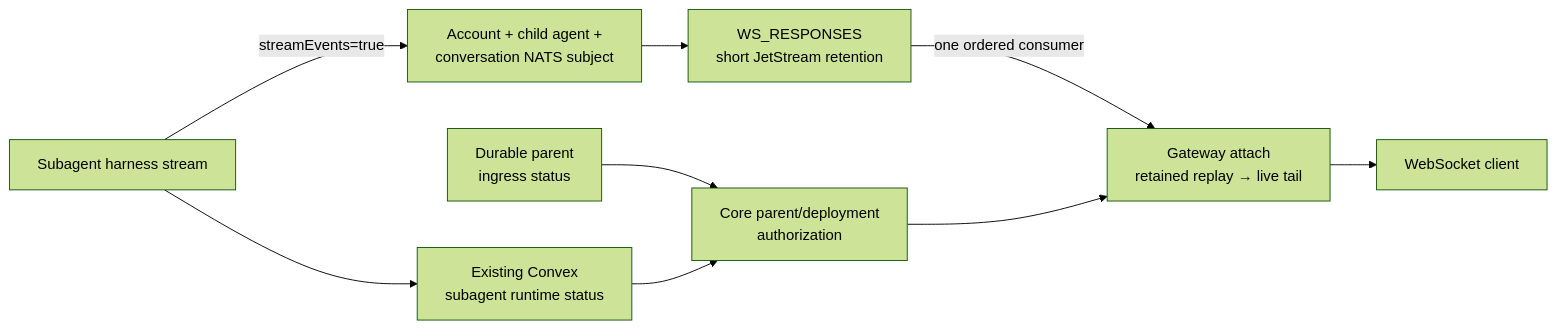
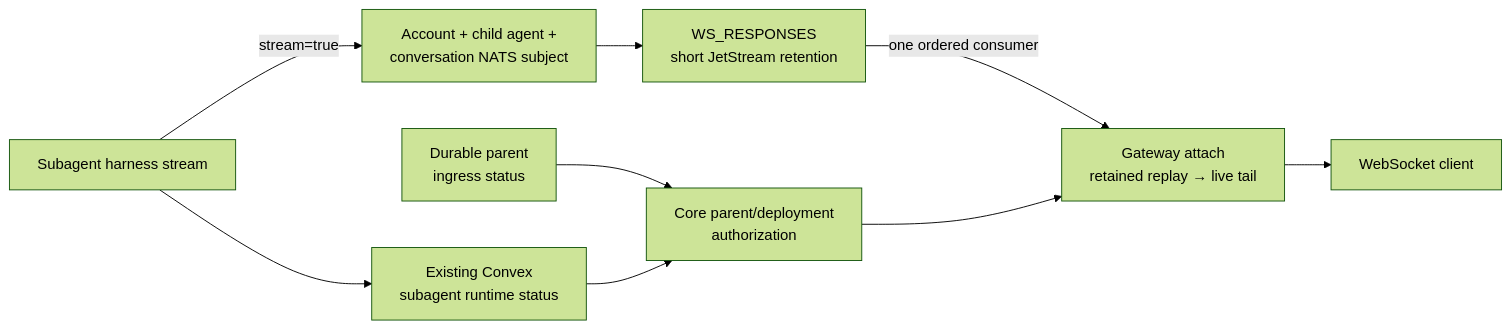
One commit to beeblastco/broods changed the third of 4 diagrams in apps/docs/docs/sub-agents.md. Above: the diagram before and after it, drawn with Mermaid (forest theme). The commit also changed other lines of this file and 6 other files, not shown here.

First line of the commit message:
refactor(core): rename subagent.streamEvents config to subagent.stream

````diff
--- a/apps/docs/docs/sub-agents.md
+++ b/apps/docs/docs/sub-agents.md
@@ -153,11 +153,11 @@
 ```mermaid
 flowchart LR
-  Child["Subagent harness stream"] -->|"streamEvents=true"| Subject["Account + child agent +<br/>conversation NATS subject"]
+  Child["Subagent harness stream"] -->|"stream=true"| Subject["Account + child agent +<br/>conversation NATS subject"]
   Subject --> Buffer["WS_RESPONSES<br/>short JetStream retention"]
   Buffer -->|"one ordered consumer"| Gateway["Gateway attach<br/>retained replay → live tail"]
   Child --> ChildStatus["Existing Convex<br/>subagent runtime status"]
   ParentStatus["Durable parent<br/>ingress status"] --> Auth["Core parent/deployment<br/>authorization"]
   ChildStatus --> Auth
   Auth --> Gateway
   Gateway --> Client["WebSocket client"]
 ```
````
